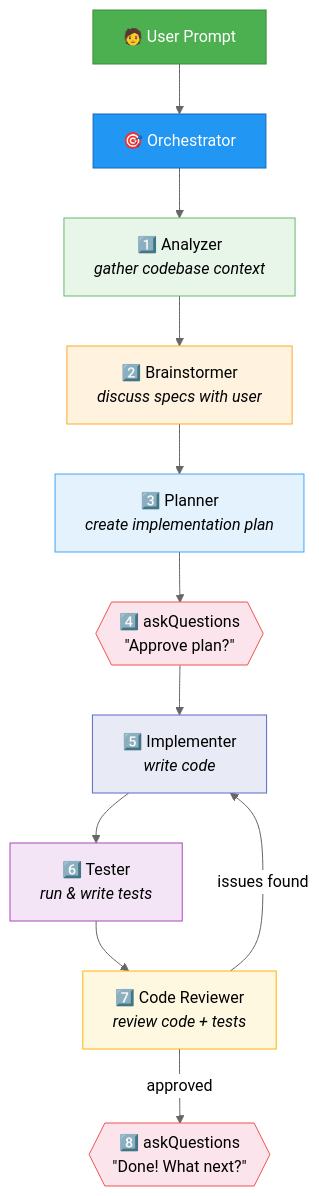
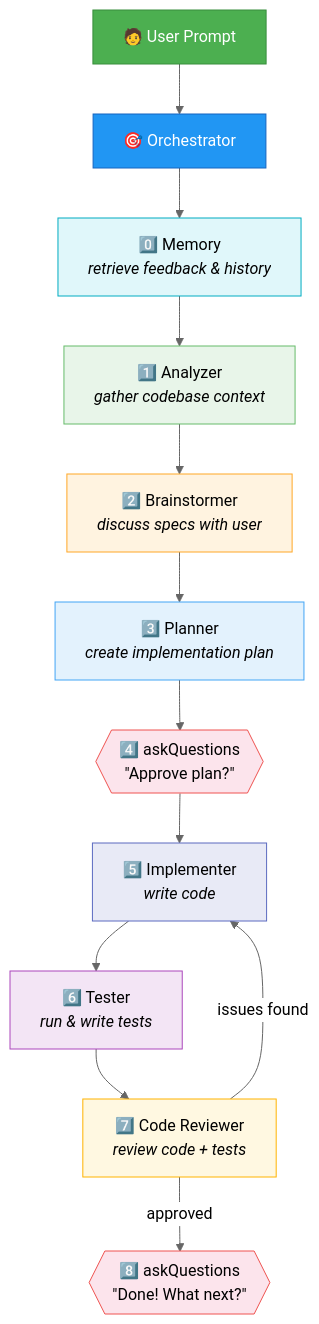
The second of 2 diagrams in README.md (pft-IvanLim/copilot-agent), drawn with Mermaid (neutral theme) before and after one commit. The commit also changed other lines of this file and 2 other files, not shown here.

````diff
--- a/README.md
+++ b/README.md
@@ -80,25 +82,27 @@
 ```mermaid
 flowchart TD
     A["🧑 User Prompt"] --> B["🎯 Orchestrator"]
     
-    B --> C["1️⃣ Analyzer\n<i>gather codebase context</i>"]
+    B --> M["0️⃣ Memory\n<i>retrieve feedback & history</i>"]
+    M --> C["1️⃣ Analyzer\n<i>gather codebase context</i>"]
     C --> D["2️⃣ Brainstormer\n<i>discuss specs with user</i>"]
     D --> E["3️⃣ Planner\n<i>create implementation plan</i>"]
     E --> F{{"4️⃣ askQuestions\n&quot;Approve plan?&quot;"}}
     F --> G["5️⃣ Implementer\n<i>write code</i>"]
     G --> H["6️⃣ Tester\n<i>run & write tests</i>"]
     H --> I["7️⃣ Code Reviewer\n<i>review code + tests</i>"]
     I -- "issues found" --> G
     I -- "approved" --> J{{"8️⃣ askQuestions\n&quot;Done! What next?&quot;"}}
 
     style A fill:#4CAF50,stroke:#388E3C,color:#fff
     style B fill:#2196F3,stroke:#1565C0,color:#fff
+    style M fill:#E0F7FA,stroke:#00ACC1
     style C fill:#E8F5E9,stroke:#66BB6A
     style D fill:#FFF3E0,stroke:#FFA726
     style E fill:#E3F2FD,stroke:#42A5F5
     style F fill:#FCE4EC,stroke:#EF5350
     style G fill:#E8EAF6,stroke:#5C6BC0
     style H fill:#F3E5F5,stroke:#AB47BC
     style I fill:#FFF8E1,stroke:#FFB300
     style J fill:#FCE4EC,stroke:#EF5350
 ```
````
